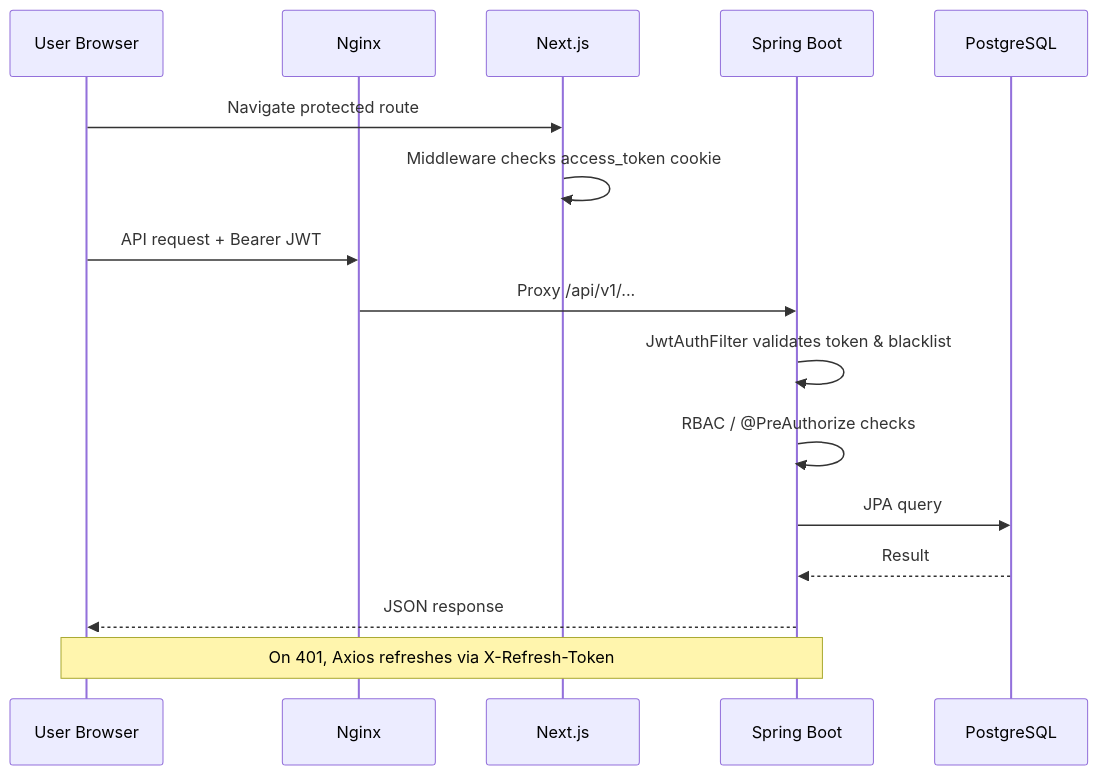
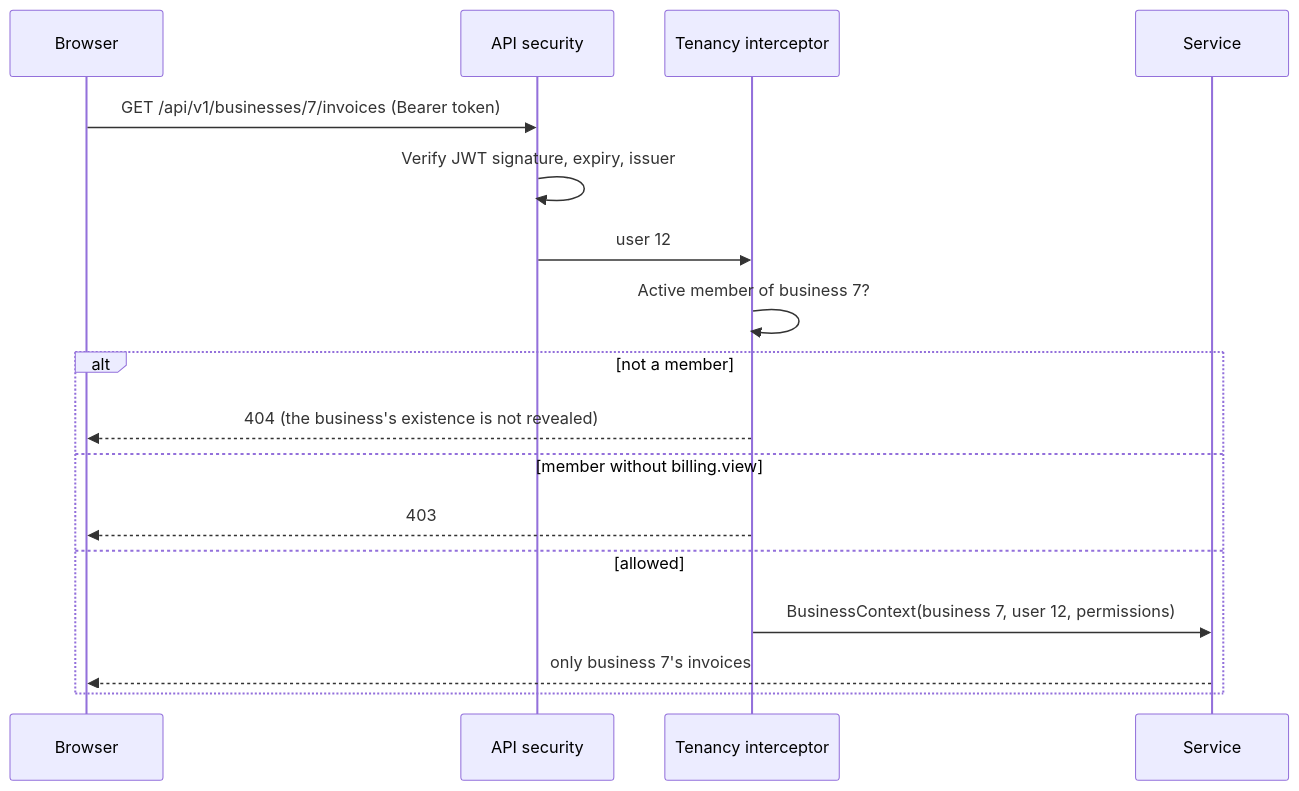
Before and after one commit to Nitinr0306/Managio-Business-Management-System-: the sixth of 11 diagrams in README.md, drawn with Mermaid. The commit also changed other lines of this file and 775 other files, not shown here.

````diff
--- a/README.md
+++ b/README.md
@@ -160,19 +250,20 @@
 ```mermaid
 sequenceDiagram
-    participant U as User Browser
-    participant N as Nginx
-    participant F as Next.js
-    participant B as Spring Boot
-    participant DB as PostgreSQL
+    participant Browser
+    participant API as API security
+    participant Tenancy as Tenancy interceptor
+    participant Service
 
-    U->>F: Navigate protected route
-    F->>F: Middleware checks access_token cookie
-    U->>N: API request + Bearer JWT
-    N->>B: Proxy /api/v1/...
-    B->>B: JwtAuthFilter validates token & blacklist
-    B->>B: RBAC / @PreAuthorize checks
-    B->>DB: JPA query
-    DB-->>B: Result
-    B-->>U: JSON response
-    Note over U,B: On 401, Axios refreshes via X-Refresh-Token
+    Browser->>API: GET /api/v1/businesses/7/invoices (Bearer token)
+    API->>API: Verify JWT signature, expiry, issuer
+    API->>Tenancy: user 12
+    Tenancy->>Tenancy: Active member of business 7?
+    alt not a member
+        Tenancy-->>Browser: 404 (the business's existence is not revealed)
+    else member without billing.view
+        Tenancy-->>Browser: 403
+    else allowed
+        Tenancy->>Service: BusinessContext(business 7, user 12, permissions)
+        Service-->>Browser: only business 7's invoices
+    end
 ```
````
